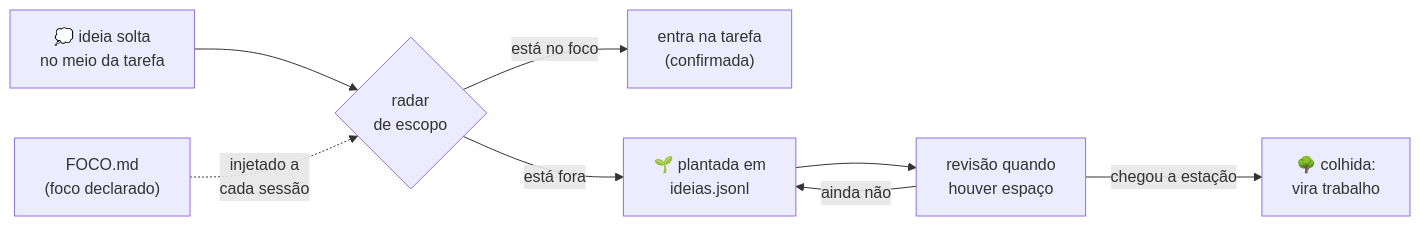
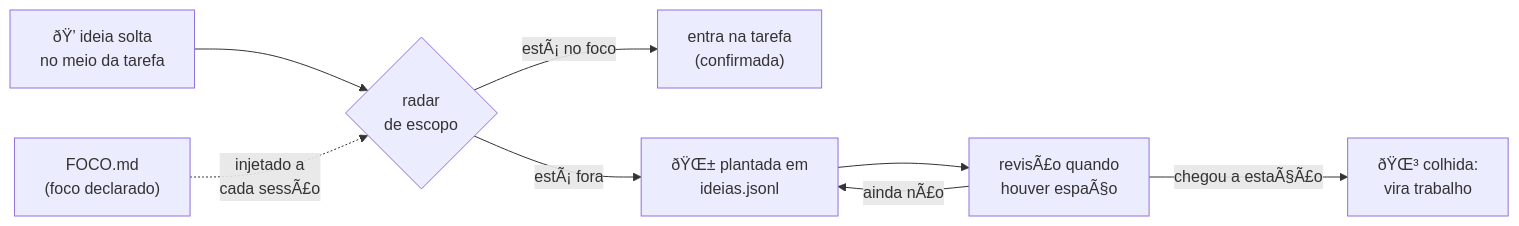
Before and after one commit to luisfmontes/rainforest-mind: the second of 2 diagrams in README.md, drawn with Mermaid. The commit also changed other lines of this file and 10 other files, not shown here.

````diff
--- a/README.md
+++ b/README.md
@@ -368,10 +368,10 @@
 ```mermaid
 flowchart LR
-    A["💭 ideia solta<br/>no meio da tarefa"] --> B{"radar<br/>de escopo"}
-    B -->|"está no foco"| C["entra na tarefa<br/>(confirmada)"]
-    B -->|"está fora"| D["🌱 plantada em<br/>ideias.jsonl"]
-    D --> E["revisão quando<br/>houver espaço"]
-    E -->|"chegou a estação"| F["🌳 colhida:<br/>vira trabalho"]
-    E -->|"ainda não"| D
-    G["FOCO.md<br/>(foco declarado)"] -.->|"injetado a<br/>cada sessão"| B
+    A["ðŸ’­ ideia solta<br/>no meio da tarefa"] --> B{"radar<br/>de escopo"}
+    B -->|"estÃ¡ no foco"| C["entra na tarefa<br/>(confirmada)"]
+    B -->|"estÃ¡ fora"| D["ðŸŒ± plantada em<br/>ideias.jsonl"]
+    D --> E["revisÃ£o quando<br/>houver espaÃ§o"]
+    E -->|"chegou a estaÃ§Ã£o"| F["ðŸŒ³ colhida:<br/>vira trabalho"]
+    E -->|"ainda nÃ£o"| D
+    G["FOCO.md<br/>(foco declarado)"] -.->|"injetado a<br/>cada sessÃ£o"| B
 ```
````
